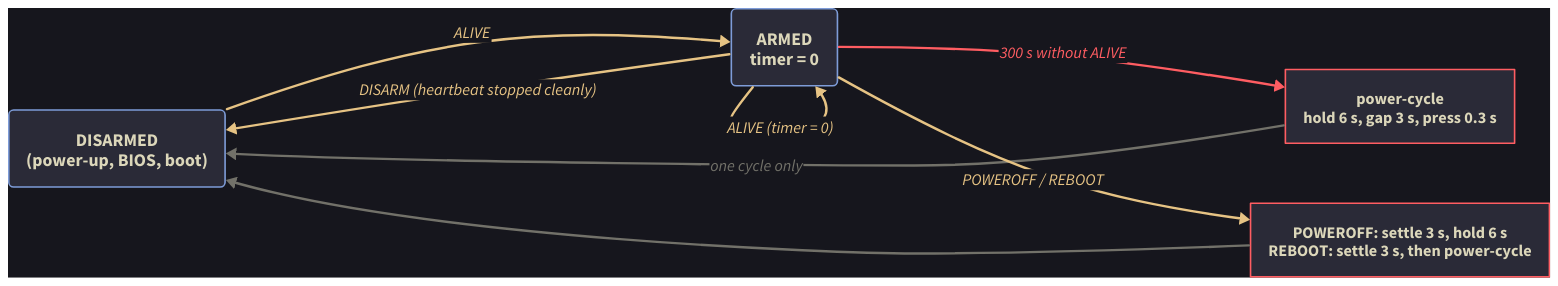
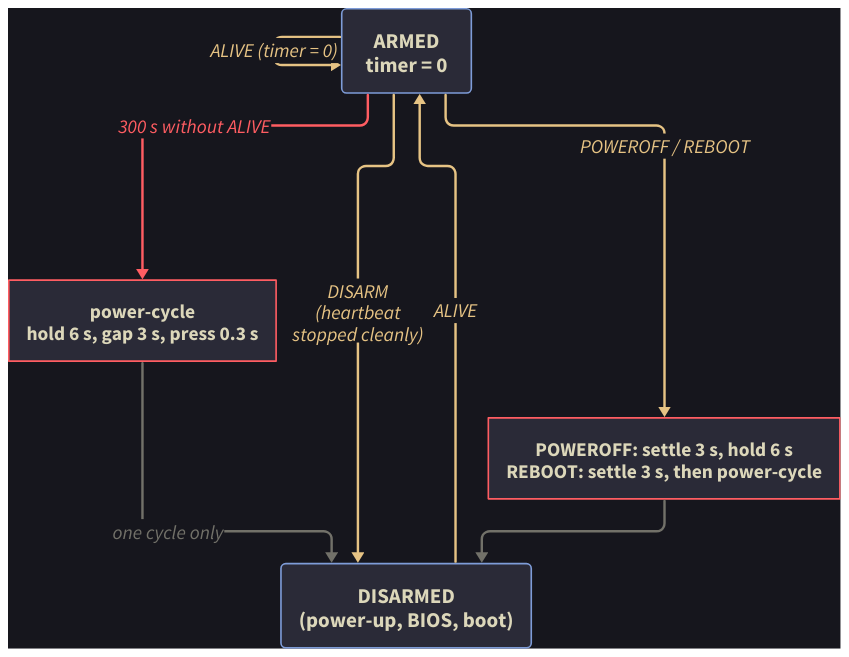
The diagram in docs/watchdog.d2 (0x0lor1n/atx-watchdog), drawn with D2 before and after one commit. The commit also changed 2 other files, not shown here.

Commit message:
Watchdog diagram: top-down ELK layout, larger text

```diff
--- a/docs/watchdog.d2
+++ b/docs/watchdog.d2
@@ -1,23 +1,24 @@
-direction: right
+vars: {d2-config: {layout-engine: elk}}
+direction: down
 style.fill: "#16161d"
 
 classes: {
-  state: {style: {fill: "#2a2a37"; stroke: "#7e9cd8"; font-color: "#dcd7ba"; stroke-width: 2; border-radius: 6; font-size: 22; bold: true}}
-  act: {style: {fill: "#2a2a37"; stroke: "#ff5d62"; font-color: "#dcd7ba"; stroke-width: 2; font-size: 20}}
-  host: {style: {stroke: "#e6c384"; stroke-width: 3; font-color: "#e6c384"; font-size: 20}}
-  fw: {style: {stroke: "#ff5d62"; stroke-width: 3; font-color: "#ff5d62"; font-size: 20}}
-  back: {style: {stroke: "#727169"; stroke-width: 3; font-color: "#727169"; font-size: 20}}
+  state: {style: {fill: "#2a2a37"; stroke: "#7e9cd8"; font-color: "#dcd7ba"; stroke-width: 2; border-radius: 6; font-size: 26; bold: true}}
+  act: {style: {fill: "#2a2a37"; stroke: "#ff5d62"; font-color: "#dcd7ba"; stroke-width: 2; font-size: 24}}
+  host: {style: {stroke: "#e6c384"; stroke-width: 3; font-color: "#e6c384"; font-size: 24}}
+  fw: {style: {stroke: "#ff5d62"; stroke-width: 3; font-color: "#ff5d62"; font-size: 24}}
+  back: {style: {stroke: "#727169"; stroke-width: 3; font-color: "#727169"; font-size: 24}}
 }
 
 disarmed: "DISARMED\n(power-up, BIOS, boot)" {class: state}
 armed: "ARMED\ntimer = 0" {class: state}
 fire: "power-cycle\nhold 6 s, gap 3 s, press 0.3 s" {class: act}
 off: "POWEROFF: settle 3 s, hold 6 s\nREBOOT: settle 3 s, then power-cycle" {class: act}
 
 disarmed -> armed: "ALIVE" {class: host}
 armed -> armed: "ALIVE (timer = 0)" {class: host}
 armed -> fire: "300 s without ALIVE" {class: fw}
 fire -> disarmed: "one cycle only" {class: back}
-armed -> disarmed: "DISARM (heartbeat stopped cleanly)" {class: host}
+armed -> disarmed: "DISARM\n(heartbeat\nstopped cleanly)" {class: host}
 armed -> off: "POWEROFF / REBOOT" {class: host}
 off -> disarmed {class: back}
```
